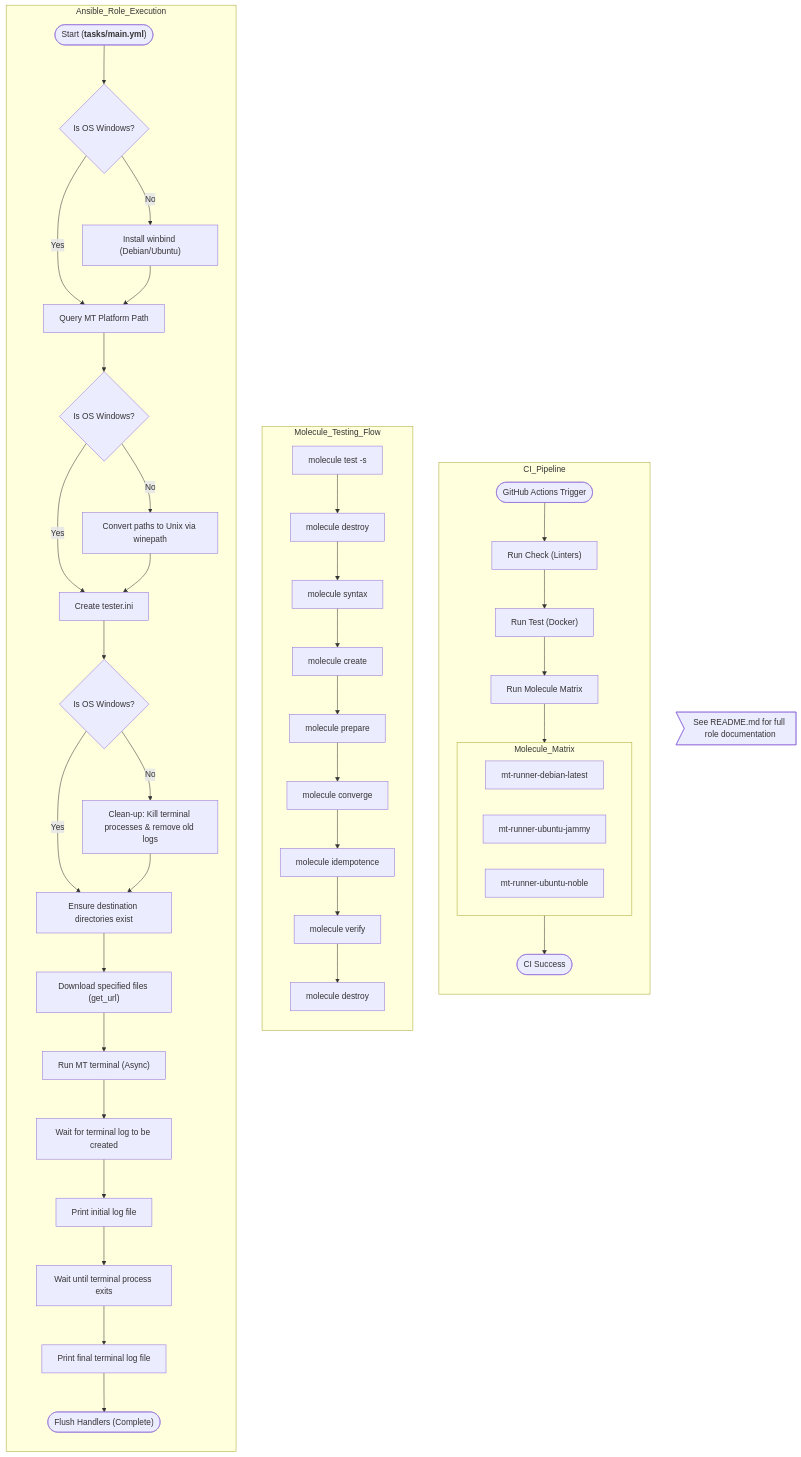
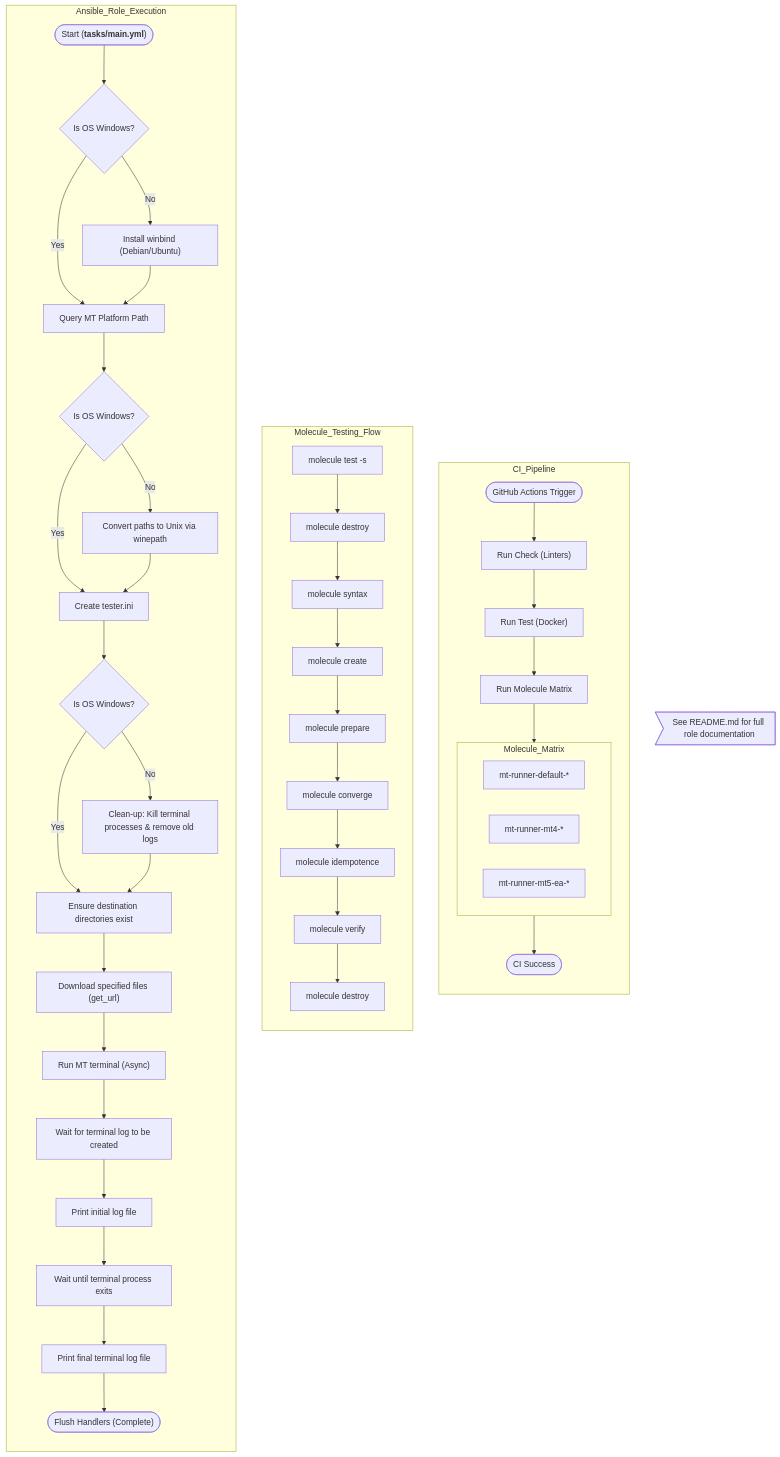
One commit to EA31337/ansible-role-mt-runner changed the diagram in docs/FLOWS.mmd. Above: the diagram before and after it, drawn with Mermaid. The commit also changed 5 other files, not shown here.

```diff
--- a/docs/FLOWS.mmd
+++ b/docs/FLOWS.mmd
@@ -1,53 +1,53 @@
 %% Flowchart for ea31337.mt_runner role execution
 flowchart TD
     DocRef>"See README.md for full role documentation"]
 
     subgraph CI_Pipeline [CI_Pipeline]
         direction TB
         CI_Trigger(["GitHub Actions Trigger"]) --> CI_Check["Run Check (Linters)"]
         CI_Check --> CI_Test["Run Test (Docker)"]
         CI_Test --> CI_Molecule["Run Molecule Matrix"]
         subgraph Molecule_Matrix [Molecule_Matrix]
             direction LR
-            M_Debian["mt-runner-debian-latest"]
-            M_Jammy["mt-runner-ubuntu-jammy"]
-            M_Noble["mt-runner-ubuntu-noble"]
+            M_Default["mt-runner-default-*"]
+            M_MT4["mt-runner-mt4-*"]
+            M_MT5EA["mt-runner-mt5-ea-*"]
         end
         CI_Molecule --> Molecule_Matrix
         Molecule_Matrix --> CI_Complete(["CI Success"])
     end
 
     subgraph Molecule_Testing_Flow [Molecule_Testing_Flow]
         direction TB
         M_Start["molecule test -s <scenario>"] --> M_Destroy["molecule destroy"]
         M_Destroy --> M_Syntax["molecule syntax"]
         M_Syntax --> M_Create["molecule create"]
         M_Create --> M_Prepare["molecule prepare"]
         M_Prepare --> M_Converge["molecule converge"]
         M_Converge --> M_Idempotence["molecule idempotence"]
         M_Idempotence --> M_Verify["molecule verify"]
         M_Verify --> M_Destroy_Final["molecule destroy"]
     end
 
     subgraph Ansible_Role_Execution [Ansible_Role_Execution]
         direction TB
         Start(["`Start (**tasks/main.yml**)`"]) --> OSCheck1{"Is OS Windows?"}
         OSCheck1 -->|No| InstallWinbind["Install winbind (Debian/Ubuntu)"]
         OSCheck1 -->|Yes| QueryPath["Query MT Platform Path"]
         InstallWinbind --> QueryPath
         QueryPath --> OSCheck2{"Is OS Windows?"}
         OSCheck2 -->|No| ConvertPaths["Convert paths to Unix via winepath"]
         OSCheck2 -->|Yes| CreateTesterIni["Create tester.ini"]
         ConvertPaths --> CreateTesterIni
         CreateTesterIni --> OSCheck3{"Is OS Windows?"}
         OSCheck3 -->|No| Cleanup["Clean-up: Kill terminal processes & remove old logs"]
         OSCheck3 -->|Yes| EnsureDirs["Ensure destination directories exist"]
         Cleanup --> EnsureDirs
         EnsureDirs --> DownloadFiles["Download specified files (get_url)"]
         DownloadFiles --> RunTerminal["Run MT terminal (Async)"]
         RunTerminal --> WaitLog["Wait for terminal log to be created"]
         WaitLog --> PrintLog["Print initial log file"]
         PrintLog --> WaitExit["Wait until terminal process exits"]
         WaitExit --> PrintFinalLog["Print final terminal log file"]
         PrintFinalLog --> End(["Flush Handlers (Complete)"])
     end
```
